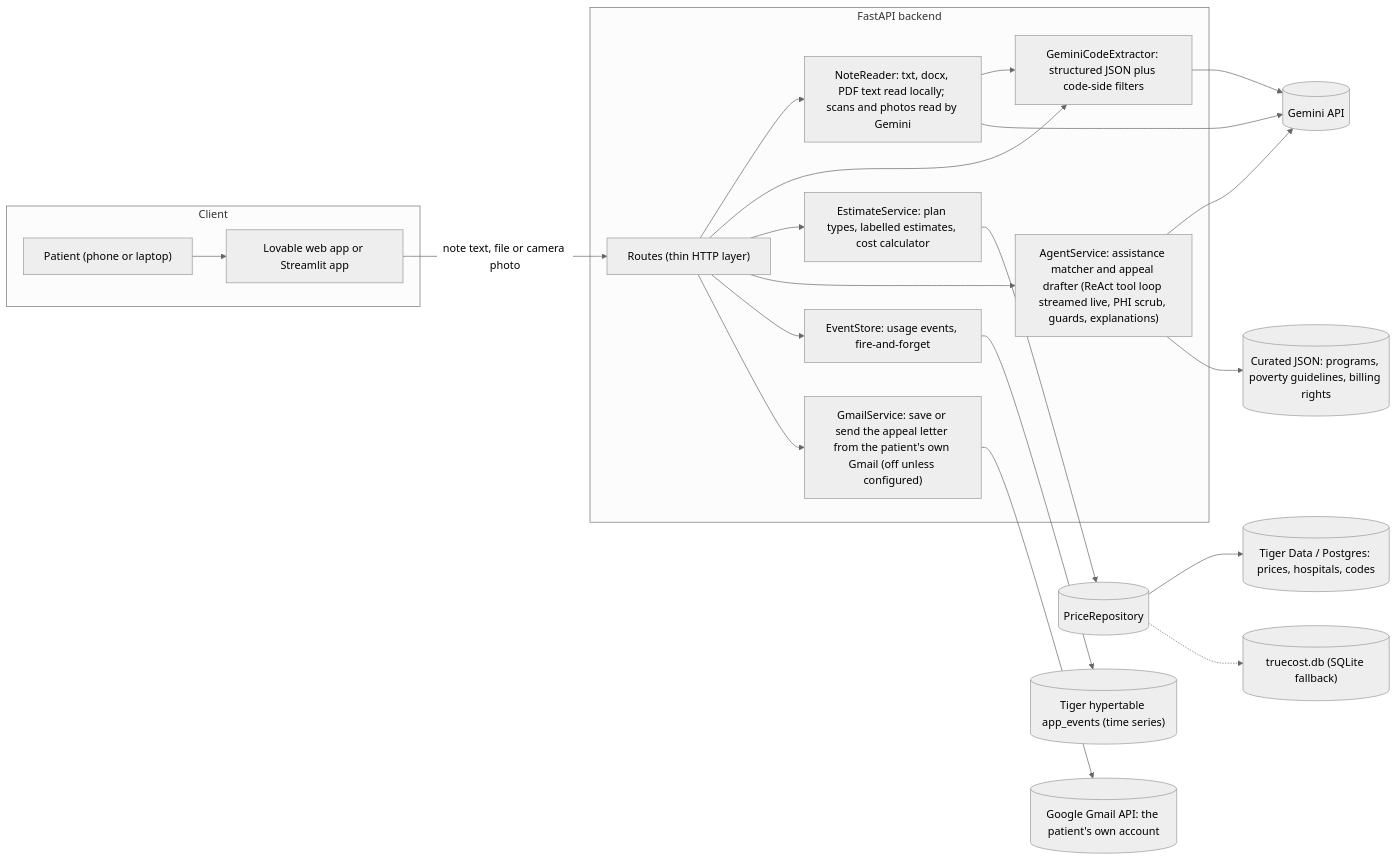
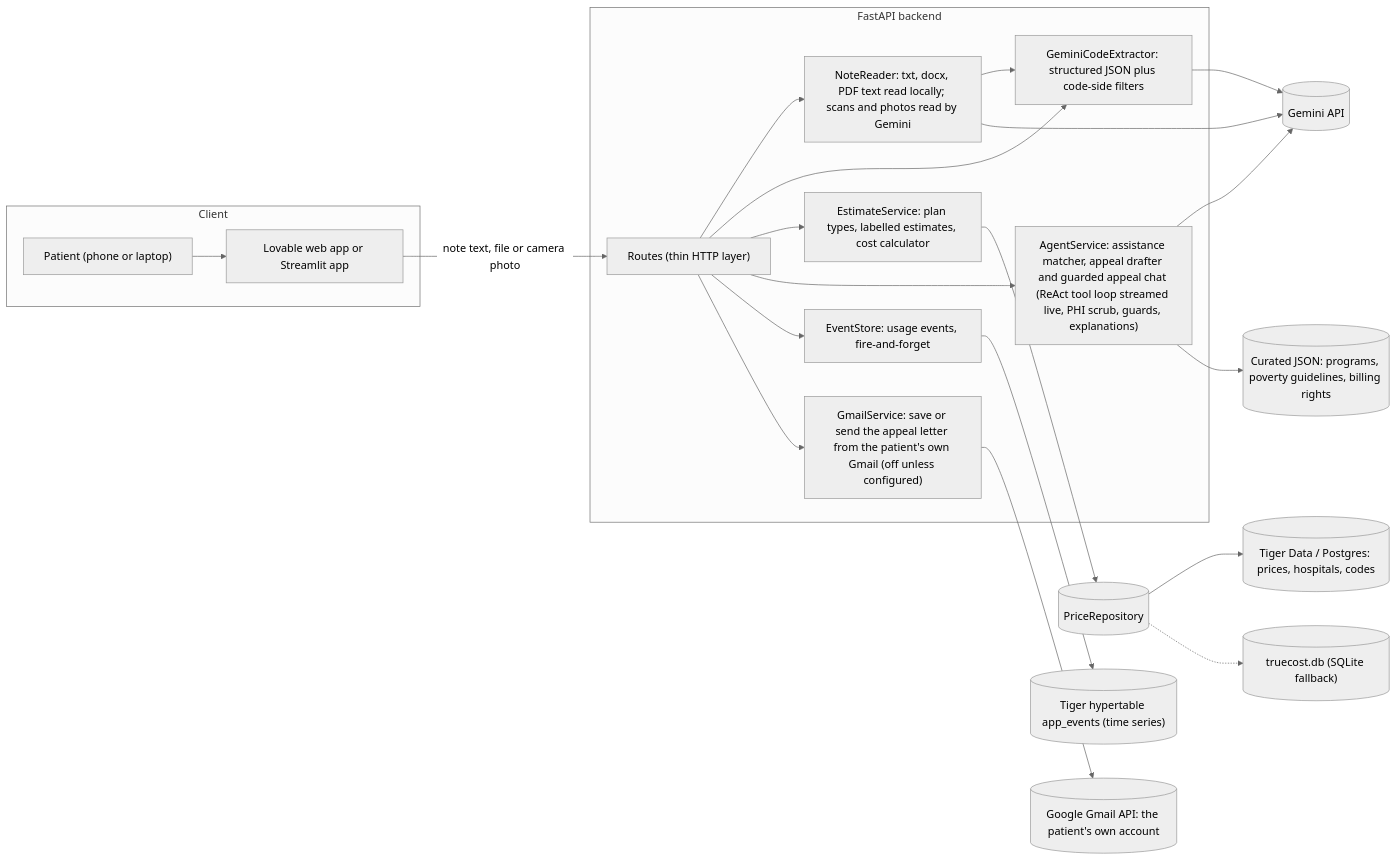
The first of 3 diagrams in README.md (ChapelFob80930/truecost-cost-navigator), drawn with Mermaid (neutral theme) before and after one commit. The commit also changed other lines of this file and 8 other files, not shown here.

````diff
--- a/README.md
+++ b/README.md
@@ -12,35 +12,35 @@
 ```mermaid
 flowchart LR
   subgraph Client["Client"]
     P["Patient (phone or laptop)"] --> UI["Lovable web app or Streamlit app"]
   end
   UI -->|"note text, file or camera photo"| API
 
   subgraph Backend["FastAPI backend"]
     API["Routes (thin HTTP layer)"]
     READER["NoteReader: txt, docx, PDF text read locally; scans and photos read by Gemini"]
     EXTRACT["GeminiCodeExtractor: structured JSON plus code-side filters"]
     EST["EstimateService: plan types, labelled estimates, cost calculator"]
-    AG["AgentService: assistance matcher and appeal drafter (ReAct tool loop streamed live, PHI scrub, guards, explanations)"]
+    AG["AgentService: assistance matcher, appeal drafter and guarded appeal chat (ReAct tool loop streamed live, PHI scrub, guards, explanations)"]
     EVT["EventStore: usage events, fire-and-forget"]
     MAIL["GmailService: save or send the appeal letter from the patient's own Gmail (off unless configured)"]
   end
 
   API --> READER
   READER --> EXTRACT
   API --> EXTRACT
   API --> EST
   API --> AG
   API --> EVT
   API --> MAIL
   MAIL --> GMAIL[("Google Gmail API: the patient's own account")]
 
   EXTRACT --> GEM[("Gemini API")]
   READER --> GEM
   AG --> GEM
   AG --> DATA[("Curated JSON: programs, poverty guidelines, billing rights")]
   EST --> REPO[("PriceRepository")]
   REPO --> TIGER[("Tiger Data / Postgres: prices, hospitals, codes")]
   REPO -.-> SQLITE[("truecost.db (SQLite fallback)")]
   EVT --> HYPER[("Tiger hypertable app_events (time series)")]
 ```
````
